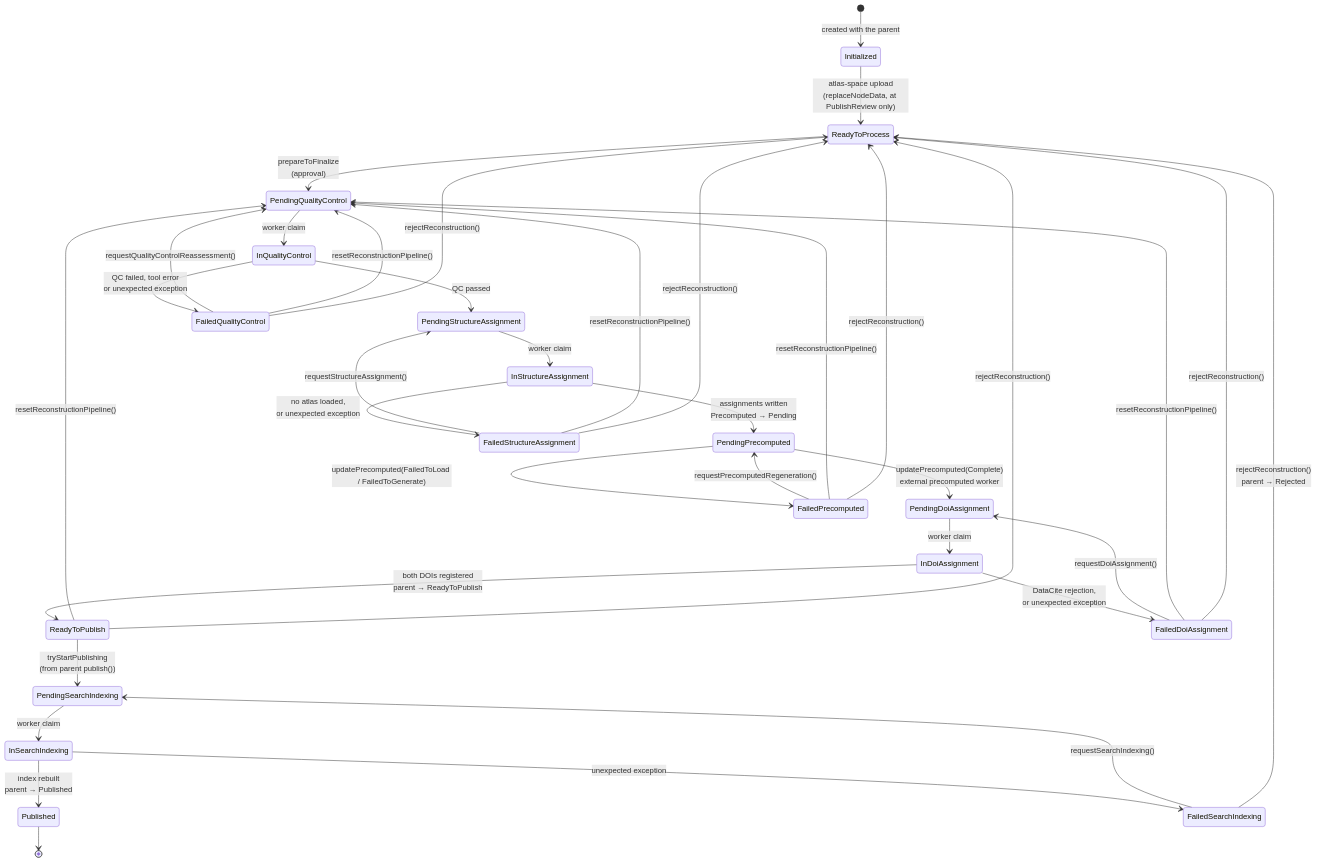
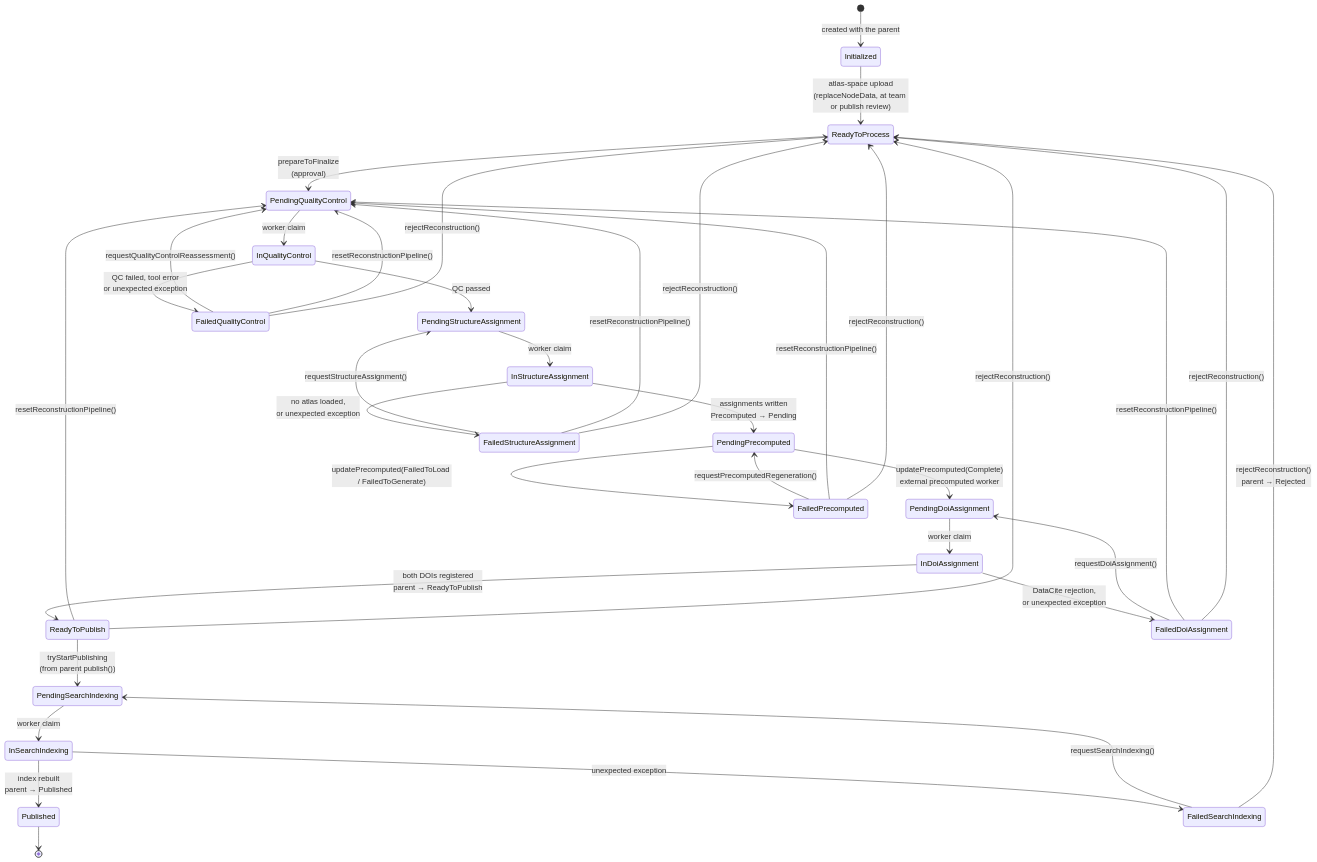
The seventh of 8 diagrams in doc/publish-workflow.md (AllenNeuralDynamics/nmcp-api), drawn with Mermaid before and after one commit. The commit also changed other lines of this file and 19 other files, not shown here.

````diff
--- a/doc/publish-workflow.md
+++ b/doc/publish-workflow.md
@@ -565,48 +636,48 @@
 ```mermaid
 stateDiagram-v2
     direction TB
     [*] --> Initialized: created with the parent
 
-    Initialized --> ReadyToProcess: atlas-space upload<br/>(replaceNodeData, at PublishReview only)
+    Initialized --> ReadyToProcess: atlas-space upload<br/>(replaceNodeData, at team or publish review)
     ReadyToProcess --> PendingQualityControl: prepareToFinalize<br/>(approval)
 
     PendingQualityControl --> InQualityControl: worker claim
     InQualityControl --> PendingStructureAssignment: QC passed
     InQualityControl --> FailedQualityControl: QC failed, tool error<br/>or unexpected exception
     FailedQualityControl --> PendingQualityControl: requestQualityControlReassessment()
 
     PendingStructureAssignment --> InStructureAssignment: worker claim
     InStructureAssignment --> PendingPrecomputed: assignments written<br/>Precomputed → Pending
     InStructureAssignment --> FailedStructureAssignment: no atlas loaded,<br/>or unexpected exception
     FailedStructureAssignment --> PendingStructureAssignment: requestStructureAssignment()
 
     PendingPrecomputed --> PendingDoiAssignment: updatePrecomputed(Complete)<br/>external precomputed worker
     PendingPrecomputed --> FailedPrecomputed: updatePrecomputed(FailedToLoad / FailedToGenerate)
     FailedPrecomputed --> PendingPrecomputed: requestPrecomputedRegeneration()
 
     PendingDoiAssignment --> InDoiAssignment: worker claim
     InDoiAssignment --> ReadyToPublish: both DOIs registered<br/>parent → ReadyToPublish
     InDoiAssignment --> FailedDoiAssignment: DataCite rejection,<br/>or unexpected exception
     FailedDoiAssignment --> PendingDoiAssignment: requestDoiAssignment()
 
     ReadyToPublish --> PendingSearchIndexing: tryStartPublishing<br/>(from parent publish())
     PendingSearchIndexing --> InSearchIndexing: worker claim
     InSearchIndexing --> Published: index rebuilt<br/>parent → Published
     InSearchIndexing --> FailedSearchIndexing: unexpected exception
     FailedSearchIndexing --> PendingSearchIndexing: requestSearchIndexing()
 
     FailedQualityControl --> PendingQualityControl: resetReconstructionPipeline()
     FailedStructureAssignment --> PendingQualityControl: resetReconstructionPipeline()
     FailedPrecomputed --> PendingQualityControl: resetReconstructionPipeline()
     FailedDoiAssignment --> PendingQualityControl: resetReconstructionPipeline()
     ReadyToPublish --> PendingQualityControl: resetReconstructionPipeline()
 
     FailedQualityControl --> ReadyToProcess: rejectReconstruction()
     FailedStructureAssignment --> ReadyToProcess: rejectReconstruction()
     FailedPrecomputed --> ReadyToProcess: rejectReconstruction()
     FailedDoiAssignment --> ReadyToProcess: rejectReconstruction()
     ReadyToPublish --> ReadyToProcess: rejectReconstruction()
     FailedSearchIndexing --> ReadyToProcess: rejectReconstruction()<br/>parent → Rejected
 
     Published --> [*]
 ```
````
